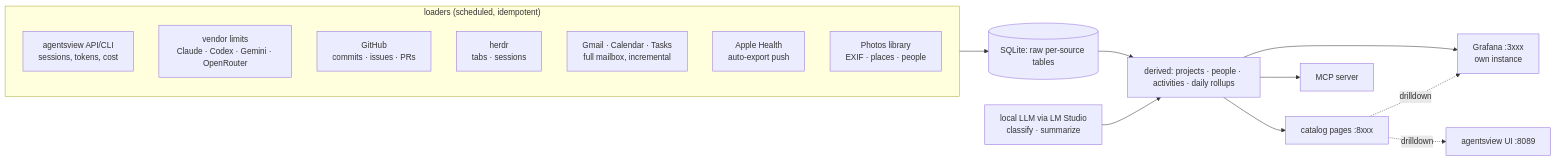
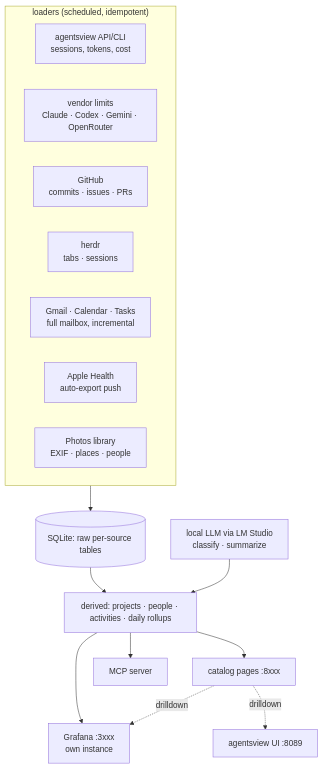
The diagram in docs/prd.md (sefk/westmarch), drawn with Mermaid before and after one commit.

Commit message:
PRD: vertical flowchart
Claude-Session: https://claude.ai/code/session_015QQk2n8JZNthfW4qbVSCJC

````diff
--- a/docs/prd.md
+++ b/docs/prd.md
@@ -49,20 +49,20 @@
 ```mermaid
-flowchart LR
+flowchart TB
   subgraph loaders["loaders (scheduled, idempotent)"]
     AV[agentsview API/CLI<br/>sessions, tokens, cost]
     LIM[vendor limits<br/>Claude · Codex · Gemini · OpenRouter]
     GH[GitHub<br/>commits · issues · PRs]
     HR[herdr<br/>tabs · sessions]
     GM[Gmail · Calendar · Tasks<br/>full mailbox, incremental]
     AH[Apple Health<br/>auto-export push]
     PH[Photos library<br/>EXIF · places · people]
   end
   loaders --> RAW[(SQLite: raw per-source tables)]
   RAW --> D[derived: projects · people · activities · daily rollups]
   D --> CAT[catalog pages :8xxx]
   D --> GRAF[Grafana :3xxx<br/>own instance]
   D --> MCP[MCP server]
   LLM[local LLM via LM Studio<br/>classify · summarize] --> D
   CAT -.drilldown.-> GRAF
   CAT -.drilldown.-> AVUI[agentsview UI :8089]
 ```
````
